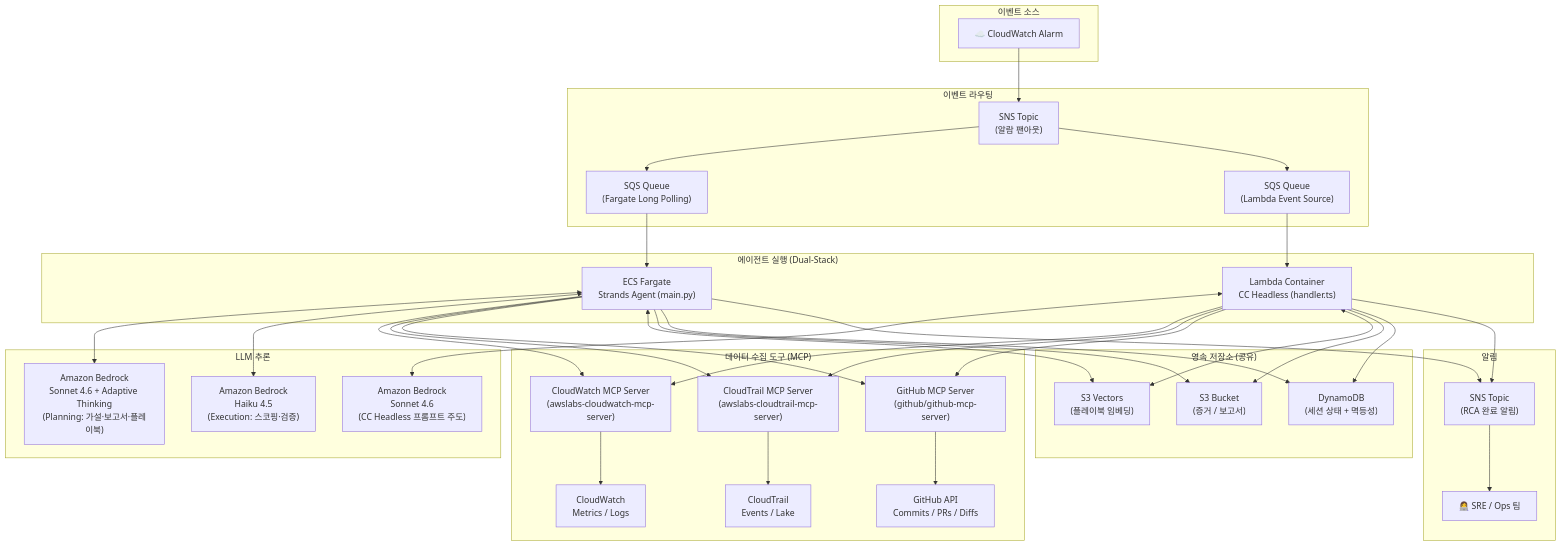
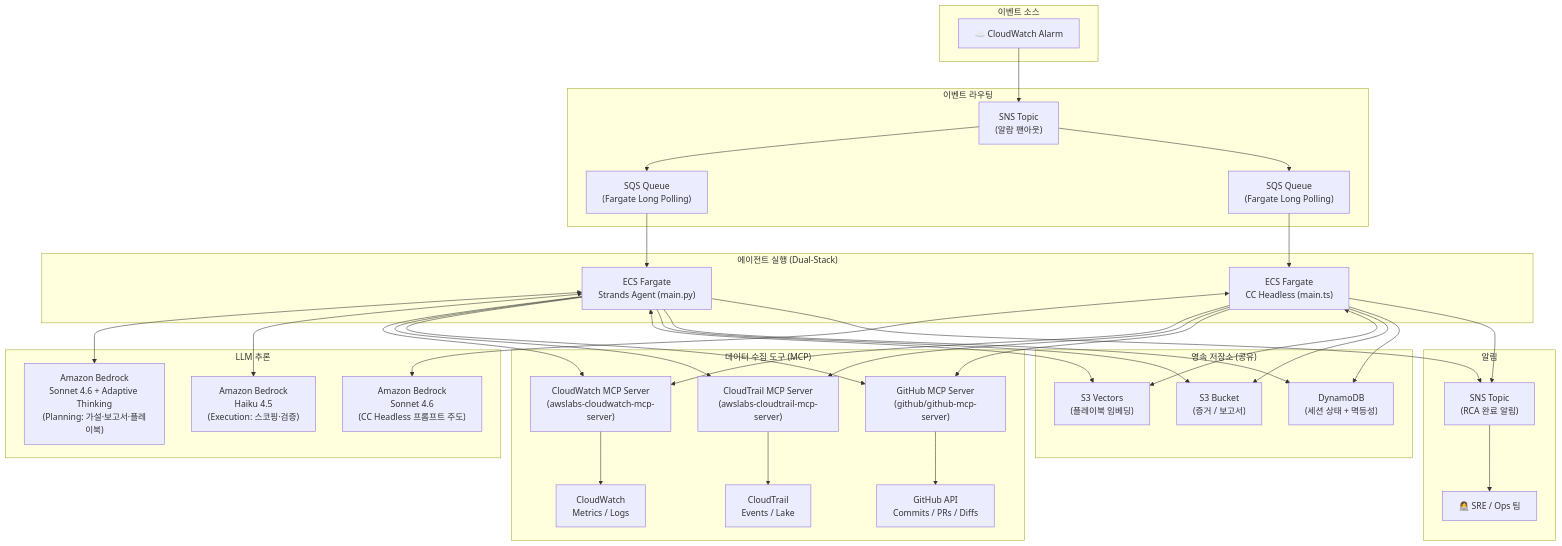
The first of 4 diagrams in AGENTS.md (haandol/rca-agent), drawn with Mermaid before and after one commit. The commit also changed other lines of this file and 14 other files, not shown here.

````diff
--- a/AGENTS.md
+++ b/AGENTS.md
@@ -91,68 +91,68 @@
 ```mermaid
 graph TB
     subgraph EventSource["이벤트 소스"]
         CW_ALARM["☁️ CloudWatch Alarm"]
     end
 
     subgraph Messaging["이벤트 라우팅"]
         SNS_IN["SNS Topic<br/>(알람 팬아웃)"]
         SQS_FARGATE["SQS Queue<br/>(Fargate Long Polling)"]
-        SQS_LAMBDA["SQS Queue<br/>(Lambda Event Source)"]
+        SQS_CC["SQS Queue<br/>(Fargate Long Polling)"]
     end
 
     subgraph Compute["에이전트 실행 (Dual-Stack)"]
         ECS["ECS Fargate<br/>Strands Agent (main.py)"]
-        LAMBDA["Lambda Container<br/>CC Headless (handler.ts)"]
+        ECS_CC["ECS Fargate<br/>CC Headless (main.ts)"]
     end
 
     subgraph LLM["LLM 추론"]
         BEDROCK_PLAN["Amazon Bedrock<br/>Sonnet 4.6 + Adaptive Thinking<br/>(Planning: 가설·보고서·플레이북)"]
         BEDROCK_EXEC["Amazon Bedrock<br/>Haiku 4.5<br/>(Execution: 스코핑·검증)"]
         BEDROCK_CC["Amazon Bedrock<br/>Sonnet 4.6<br/>(CC Headless 프롬프트 주도)"]
     end
 
     subgraph DataTools["데이터 수집 도구 (MCP)"]
         CW_MCP["CloudWatch MCP Server<br/>(awslabs-cloudwatch-mcp-server)"]
         CT_MCP["CloudTrail MCP Server<br/>(awslabs-cloudtrail-mcp-server)"]
         GH_MCP["GitHub MCP Server<br/>(github/github-mcp-server)"]
         CW_API["CloudWatch<br/>Metrics / Logs"]
         CT_API["CloudTrail<br/>Events / Lake"]
         GH_API["GitHub API<br/>Commits / PRs / Diffs"]
     end
 
     subgraph Storage["영속 저장소 (공유)"]
         S3_VECTORS["S3 Vectors<br/>(플레이북 임베딩)"]
         S3["S3 Bucket<br/>(증거 / 보고서)"]
         DDB["DynamoDB<br/>(세션 상태 + 멱등성)"]
     end
 
     subgraph Notification["알림"]
         SNS_OUT["SNS Topic<br/>(RCA 완료 알림)"]
         SRE["👩‍💻 SRE / Ops 팀"]
     end
 
     CW_ALARM --> SNS_IN
     SNS_IN --> SQS_FARGATE --> ECS
-    SNS_IN --> SQS_LAMBDA --> LAMBDA
+    SNS_IN --> SQS_CC --> ECS_CC
     ECS <--> BEDROCK_PLAN
     ECS <--> BEDROCK_EXEC
-    LAMBDA <--> BEDROCK_CC
+    ECS_CC <--> BEDROCK_CC
     ECS --> CW_MCP
     ECS --> CT_MCP
     ECS --> GH_MCP
-    LAMBDA --> CW_MCP
-    LAMBDA --> CT_MCP
-    LAMBDA --> GH_MCP
+    ECS_CC --> CW_MCP
+    ECS_CC --> CT_MCP
+    ECS_CC --> GH_MCP
     CW_MCP --> CW_API
     CT_MCP --> CT_API
     GH_MCP --> GH_API
     ECS <--> S3_VECTORS
     ECS --> S3
     ECS --> DDB
-    LAMBDA <--> S3_VECTORS
-    LAMBDA --> S3
-    LAMBDA --> DDB
+    ECS_CC <--> S3_VECTORS
+    ECS_CC --> S3
+    ECS_CC --> DDB
     ECS --> SNS_OUT
-    LAMBDA --> SNS_OUT
+    ECS_CC --> SNS_OUT
     SNS_OUT --> SRE
 ```
````
